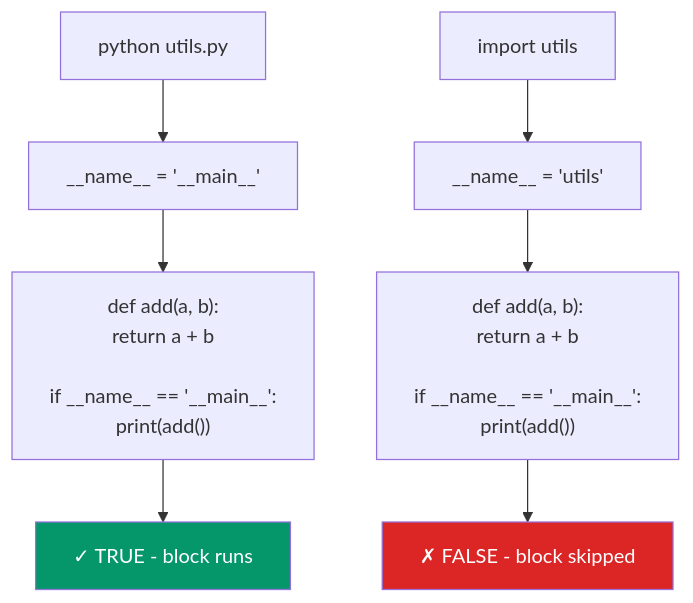
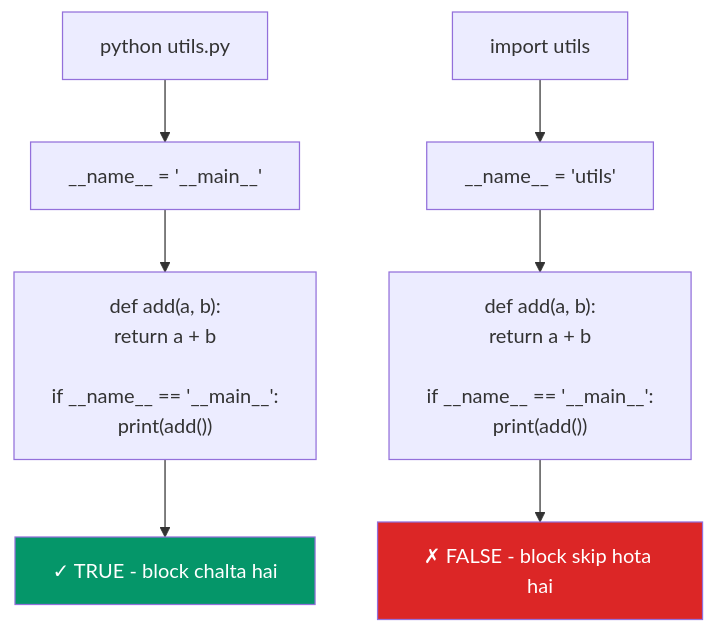
The diagram in python/00_quick_start/05_first_python_script.md (Siddesh-Pansare93/dev-notes), drawn with Mermaid before and after one commit. The commit also changed other lines of this file and 112 other files, not shown here.

````diff
--- a/python/00_quick_start/05_first_python_script.md
+++ b/python/00_quick_start/05_first_python_script.md
@@ -360,13 +365,13 @@
 ```mermaid
 flowchart TD
     A["python utils.py"] --> B["__name__ = '__main__'"]
     B --> C["def add(a, b):<br/>    return a + b<br/><br/>if __name__ == '__main__':<br/>    print(add())"]
-    C --> D["✓ TRUE - block runs"]
+    C --> D["✓ TRUE - block chalta hai"]
     
     E["import utils"] --> F["__name__ = 'utils'"]
     F --> G["def add(a, b):<br/>    return a + b<br/><br/>if __name__ == '__main__':<br/>    print(add())"]
-    G --> H["✗ FALSE - block skipped"]
+    G --> H["✗ FALSE - block skip hota hai"]
     
     style D fill:#059669,color:#fff
     style H fill:#dc2626,color:#fff
 ```
````
